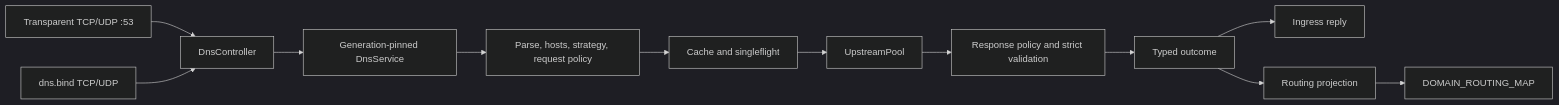
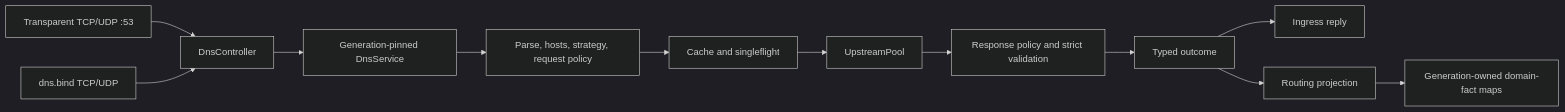
Before and after one commit to Glassyiris/honk: the diagram in doc/en/design/dns.md, drawn with Mermaid (dark theme). The commit also changed other lines of this file and 86 other files, not shown here.

````diff
--- a/doc/en/design/dns.md
+++ b/doc/en/design/dns.md
@@ -9,14 +9,14 @@
 ```mermaid
 flowchart LR
     T[Transparent TCP/UDP :53] --> C[DnsController]
     B[dns.bind TCP/UDP] --> C
     C --> G[Generation-pinned DnsService]
     G --> P[Parse, hosts, strategy, request policy]
     P --> F[Cache and singleflight]
     F --> U[UpstreamPool]
     U --> R[Response policy and strict validation]
     R --> O[Typed outcome]
     O --> X[Ingress reply]
     O --> M[Routing projection]
-    M --> D[DOMAIN_ROUTING_MAP]
+    M --> D[Generation-owned domain-fact maps]
 ```
````
